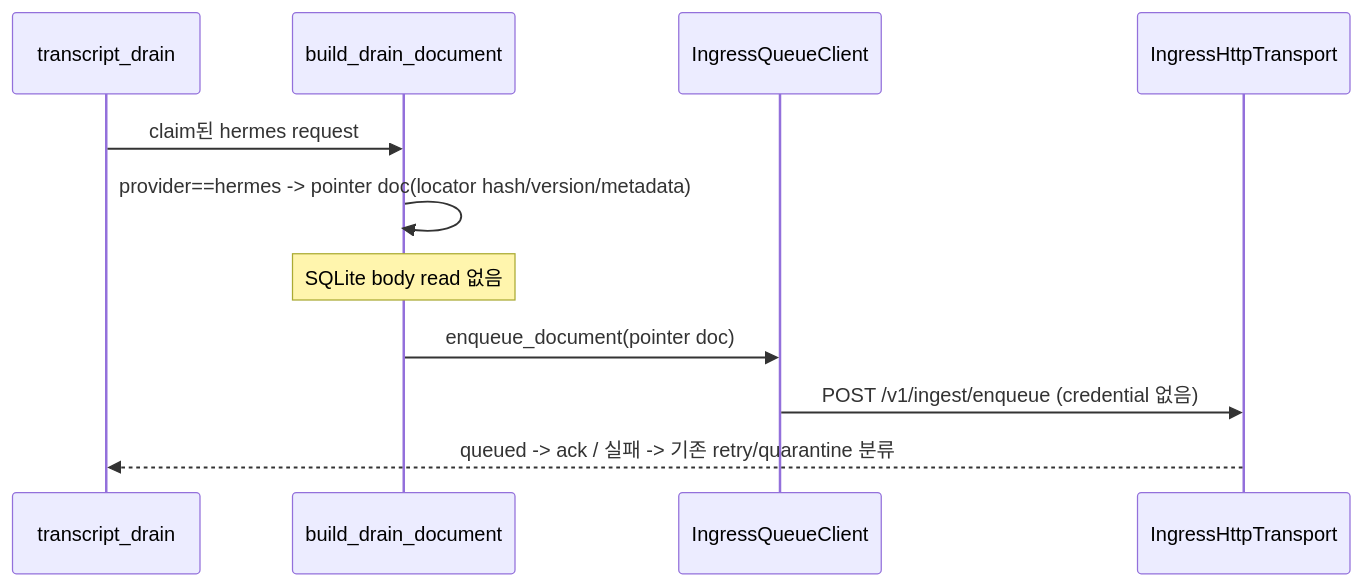
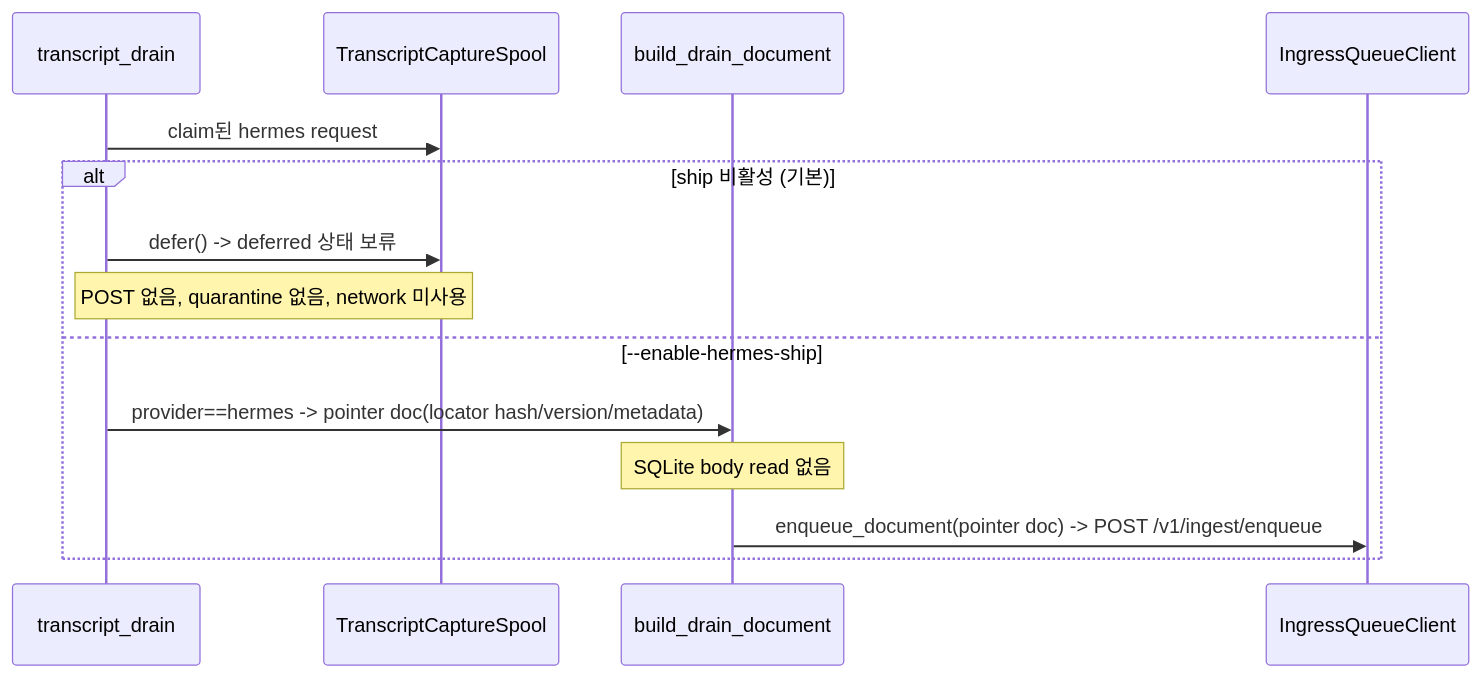
Before and after one commit to pureliture/dendrite: the third of 3 diagrams in specs/hermes-provider-capture/design.md, drawn with Mermaid. The commit also changed other lines of this file and 7 other files, not shown here.

First line of the commit message:
refactor(hermes): defer-gate ship + locator-resolver simplification

````diff
--- a/specs/hermes-provider-capture/design.md
+++ b/specs/hermes-provider-capture/design.md
@@ -115,13 +133,16 @@
 ```mermaid
 sequenceDiagram
   participant D as transcript_drain
+  participant S as TranscriptCaptureSpool
   participant B as build_drain_document
   participant Q as IngressQueueClient
-  participant T as IngressHttpTransport
-  D->>B: claim된 hermes request
-  B->>B: provider==hermes -> pointer doc(locator hash/version/metadata)
-  Note over B: SQLite body read 없음
-  B->>Q: enqueue_document(pointer doc)
-  Q->>T: POST /v1/ingest/enqueue (credential 없음)
-  T-->>D: queued -> ack / 실패 -> 기존 retry/quarantine 분류
+  D->>S: claim된 hermes request
+  alt ship 비활성 (기본)
+    D->>S: defer() -> deferred 상태 보류
+    Note over D,S: POST 없음, quarantine 없음, network 미사용
+  else --enable-hermes-ship
+    D->>B: provider==hermes -> pointer doc(locator hash/version/metadata)
+    Note over B: SQLite body read 없음
+    B->>Q: enqueue_document(pointer doc) -> POST /v1/ingest/enqueue
+  end
 ```
````
